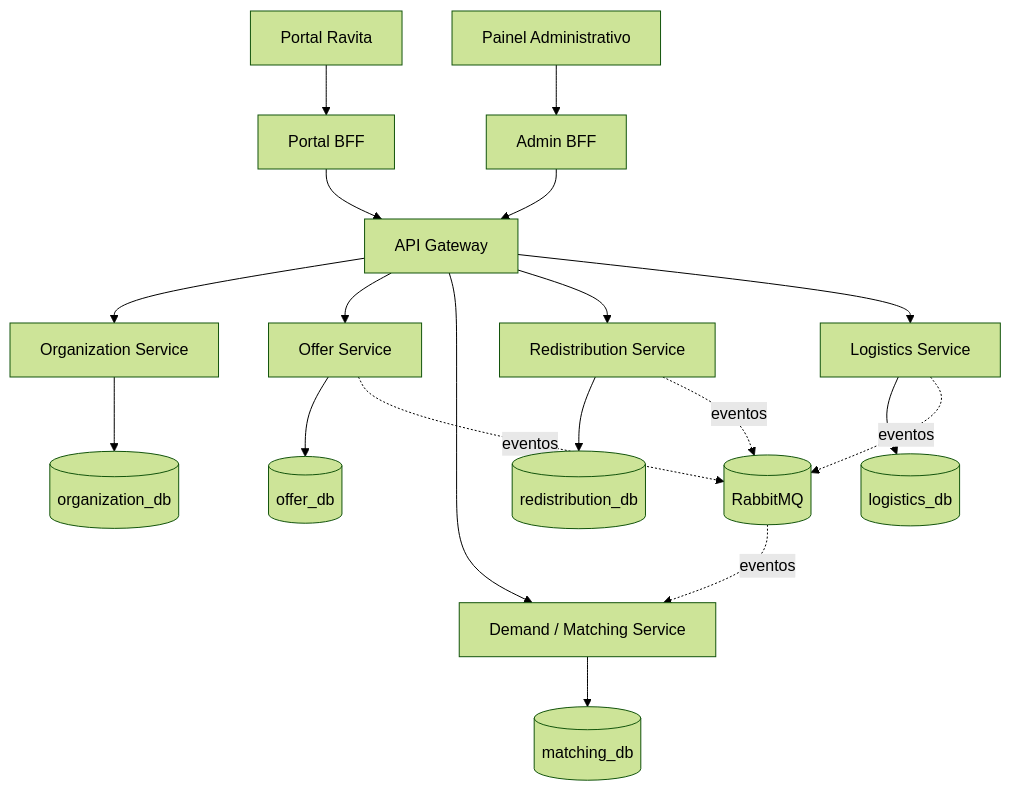
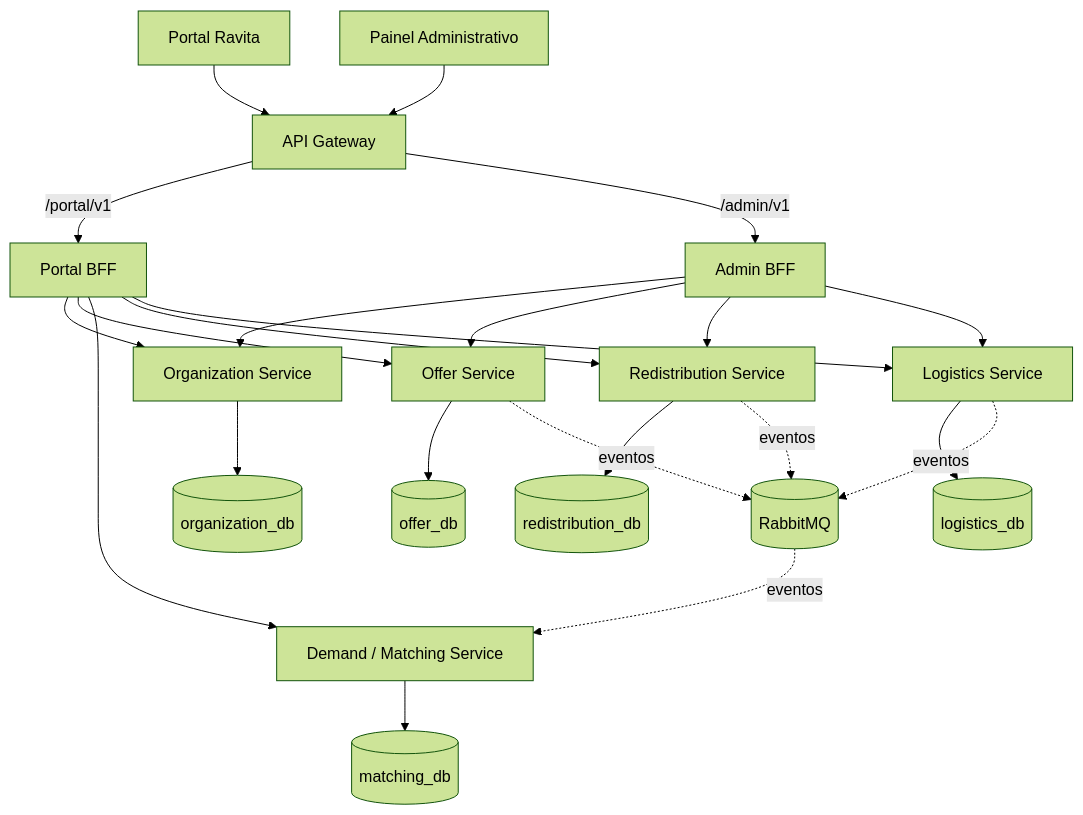
Before and after one commit to anaqzandrade/GCC129-TRABALHO-PRATICO: the diagram in docs/arquitetura/01-arquitetura-microsserviços.md, drawn with Mermaid (forest theme). The commit also changed 2 other files, not shown here.

Commit message:
docs: propose REST contracts, gateway routing and BFF rules

````diff
--- a/docs/arquitetura/01-arquitetura-microsserviços.md
+++ b/docs/arquitetura/01-arquitetura-microsserviços.md
@@ -32,21 +32,25 @@
 ```mermaid
 flowchart TB
-    WEB[Portal Ravita] --> PBFF[Portal BFF]
-    ADMIN[Painel Administrativo] --> ABFF[Admin BFF]
-    PBFF --> GW[API Gateway]
-    ABFF --> GW
-    GW --> ORG[Organization Service]
-    GW --> OFF[Offer Service]
-    GW --> MAT[Demand / Matching Service]
-    GW --> RED[Redistribution Service]
-    GW --> LOG[Logistics Service]
+    WEB[Portal Ravita] --> GW[API Gateway]
+    ADMIN[Painel Administrativo] --> GW
+    GW -->|/portal/v1| PBFF[Portal BFF]
+    GW -->|/admin/v1| ABFF[Admin BFF]
+    PBFF --> ORG[Organization Service]
+    PBFF --> OFF[Offer Service]
+    PBFF --> MAT[Demand / Matching Service]
+    PBFF --> RED[Redistribution Service]
+    PBFF --> LOG[Logistics Service]
+    ABFF --> ORG
+    ABFF --> OFF
+    ABFF --> RED
+    ABFF --> LOG
     ORG --> ORGDB[(organization_db)]
     OFF --> OFFDB[(offer_db)]
     MAT --> MATDB[(matching_db)]
     RED --> REDDB[(redistribution_db)]
     LOG --> LOGDB[(logistics_db)]
     OFF -. eventos .-> MQ[(RabbitMQ)]
     RED -. eventos .-> MQ
     LOG -. eventos .-> MQ
     MQ -. eventos .-> MAT
 ```
````
